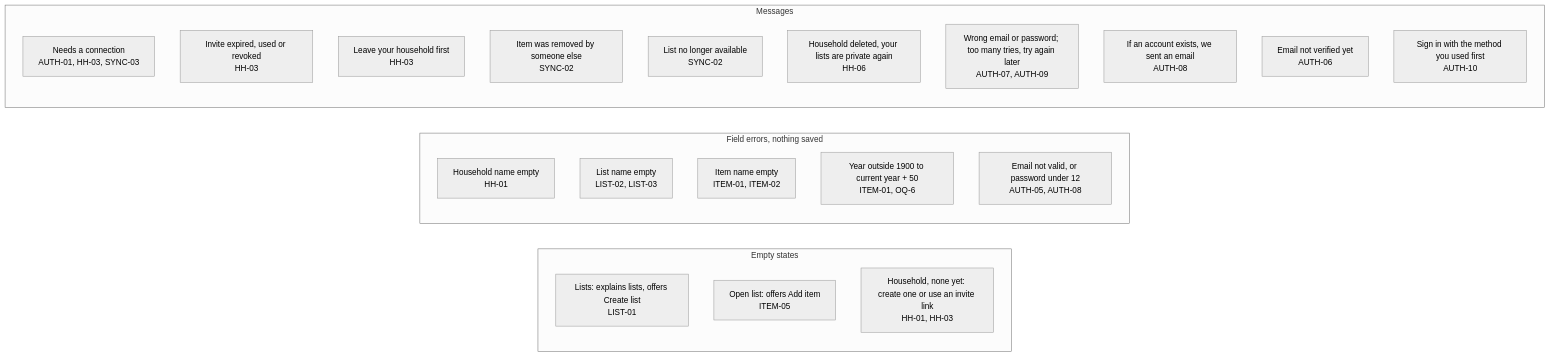
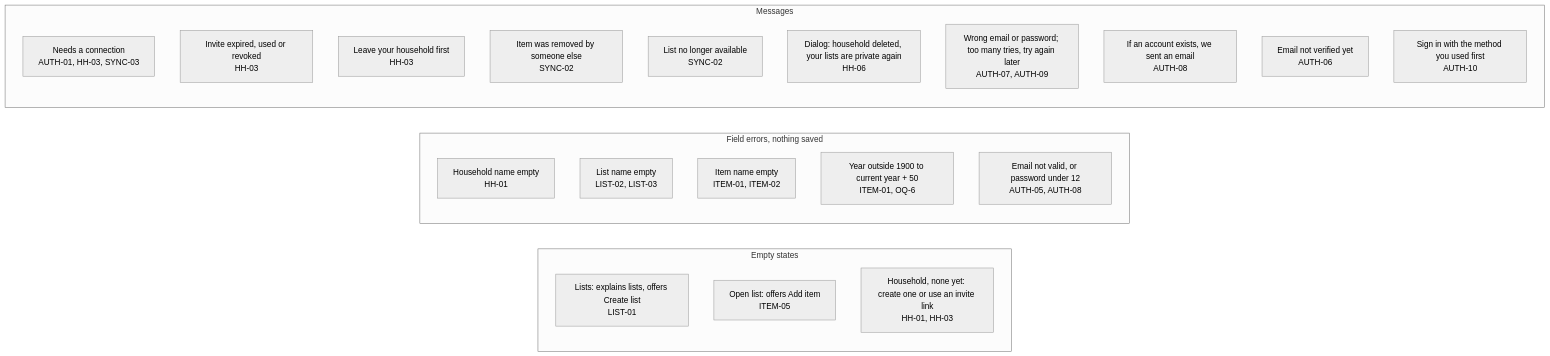
Diagram 11 of 11 in docs/product/flow.md (bondo/listicles2), drawn with Mermaid (neutral theme) before and after one commit. The commit also changed other lines of this file and 1 other file, not shown here.

````diff
--- a/docs/product/flow.md
+++ b/docs/product/flow.md
@@ -274,27 +272,27 @@
 ```mermaid
 flowchart LR
     subgraph empty ["Empty states"]
         e1["Lists: explains lists, offers Create list<br>LIST-01"]
         e2["Open list: offers Add item<br>ITEM-05"]
         e3["Household, none yet: create one or use an invite link<br>HH-01, HH-03"]
     end
     subgraph field ["Field errors, nothing saved"]
         f1["Household name empty<br>HH-01"]
         f2["List name empty<br>LIST-02, LIST-03"]
         f3["Item name empty<br>ITEM-01, ITEM-02"]
         f4["Year outside 1900 to current year + 50<br>ITEM-01, OQ-6"]
         f5["Email not valid, or password under 12<br>AUTH-05, AUTH-08"]
     end
     subgraph msg ["Messages"]
         m1["Needs a connection<br>AUTH-01, HH-03, SYNC-03"]
         m2["Invite expired, used or revoked<br>HH-03"]
         m3["Leave your household first<br>HH-03"]
         m4["Item was removed by someone else<br>SYNC-02"]
         m5["List no longer available<br>SYNC-02"]
-        m6["Household deleted, your lists are private again<br>HH-06"]
+        m6["Dialog: household deleted, your lists are private again<br>HH-06"]
         m7["Wrong email or password; too many tries, try again later<br>AUTH-07, AUTH-09"]
         m8["If an account exists, we sent an email<br>AUTH-08"]
         m9["Email not verified yet<br>AUTH-06"]
         m10["Sign in with the method you used first<br>AUTH-10"]
     end
 ```
````
